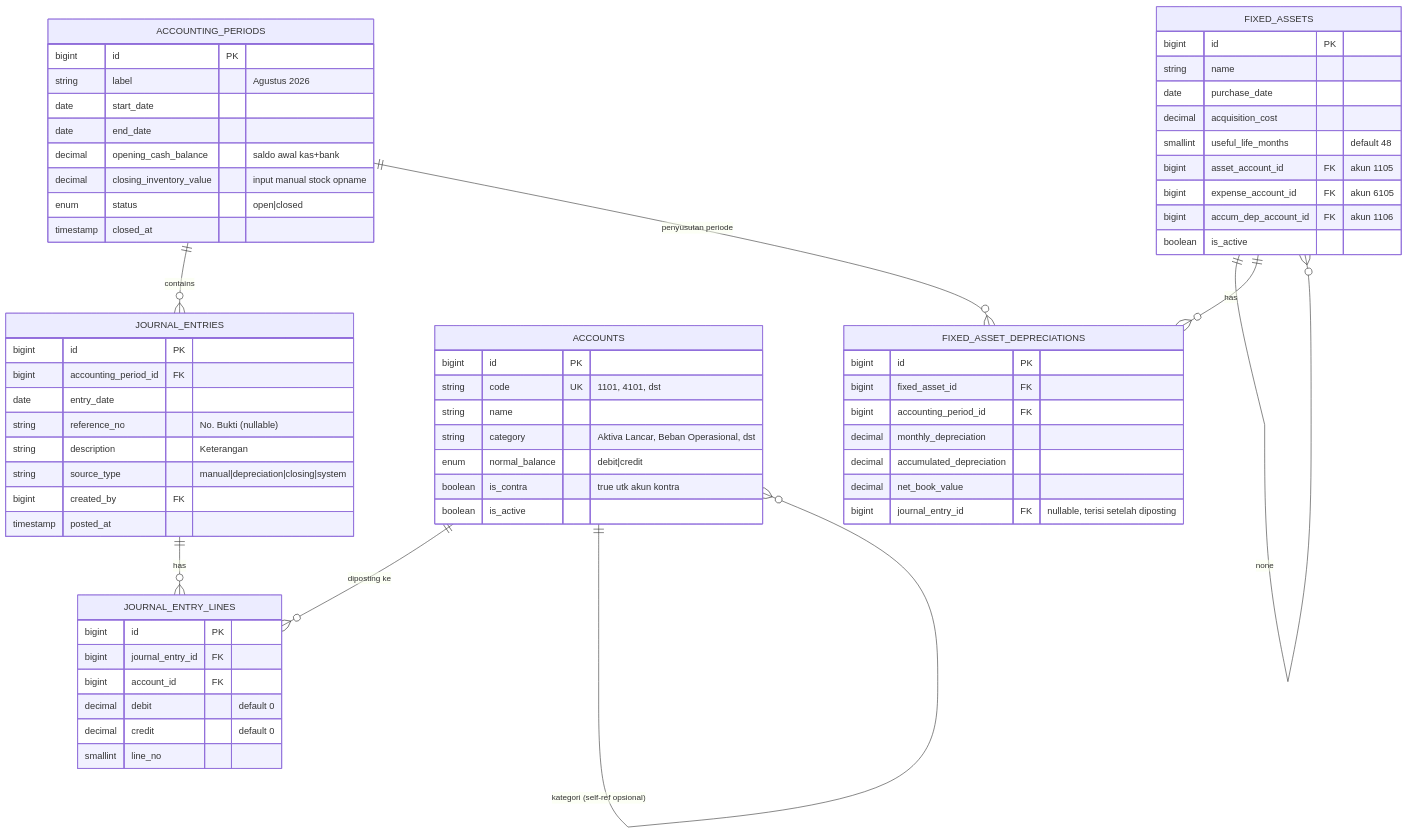
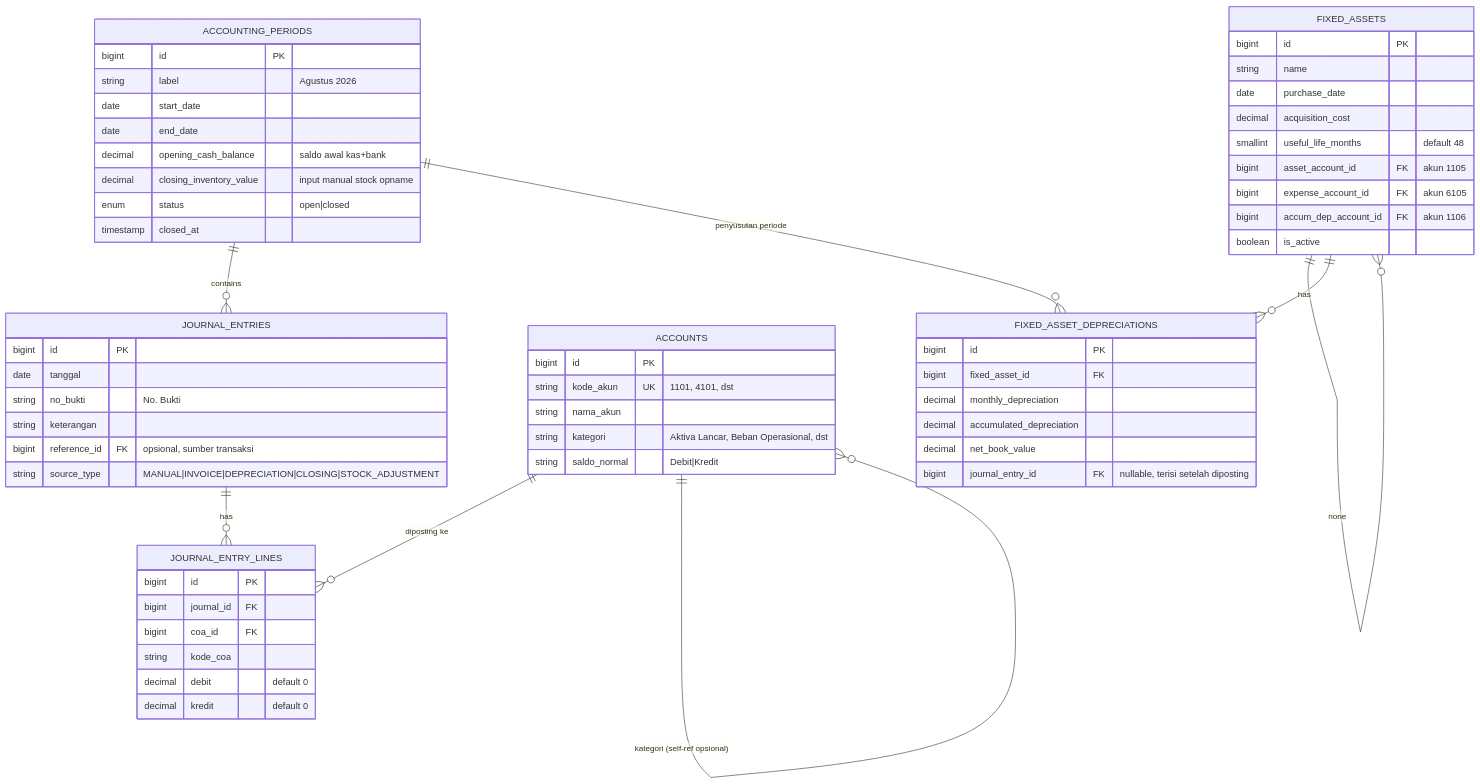
One commit to TriforionTech/bloomorist changed the second of 2 diagrams in docs-financial-report.md. Above: the diagram before and after it, drawn with Mermaid. The commit also changed other lines of this file, not shown here.

````diff
--- a/docs-financial-report.md
+++ b/docs-financial-report.md
@@ -43,73 +64,69 @@
 ```mermaid
 erDiagram
     ACCOUNTING_PERIODS ||--o{ JOURNAL_ENTRIES : contains
     ACCOUNTS ||--o{ JOURNAL_ENTRY_LINES : "diposting ke"
     JOURNAL_ENTRIES ||--o{ JOURNAL_ENTRY_LINES : has
     ACCOUNTS ||--o{ ACCOUNTS : "kategori (self-ref opsional)"
     FIXED_ASSETS ||--o{ FIXED_ASSETS : none
     ACCOUNTING_PERIODS ||--o{ FIXED_ASSET_DEPRECIATIONS : "penyusutan periode"
     FIXED_ASSETS ||--o{ FIXED_ASSET_DEPRECIATIONS : has
 
     ACCOUNTS {
         bigint id PK
-        string code UK "1101, 4101, dst"
-        string name
-        string category "Aktiva Lancar, Beban Operasional, dst"
-        enum normal_balance "debit|credit"
-        boolean is_contra "true utk akun kontra"
-        boolean is_active
+        string kode_akun UK "1101, 4101, dst"
+        string nama_akun
+        string kategori "Aktiva Lancar, Beban Operasional, dst"
+        string saldo_normal "Debit|Kredit"
     }
 
     ACCOUNTING_PERIODS {
         bigint id PK
         string label "Agustus 2026"
         date start_date
         date end_date
         decimal opening_cash_balance "saldo awal kas+bank"
         decimal closing_inventory_value "input manual stock opname"
         enum status "open|closed"
         timestamp closed_at
     }
 
     JOURNAL_ENTRIES {
         bigint id PK
-        bigint accounting_period_id FK
-        date entry_date
-        string reference_no "No. Bukti (nullable)"
-        string description "Keterangan"
-        string source_type "manual|depreciation|closing|system"
-        bigint created_by FK
-        timestamp posted_at
+        date tanggal
+        string no_bukti "No. Bukti"
+        string keterangan
+        bigint reference_id FK "opsional, sumber transaksi"
+        string source_type "MANUAL|INVOICE|DEPRECIATION|CLOSING|STOCK_ADJUSTMENT"
     }
 
     JOURNAL_ENTRY_LINES {
         bigint id PK
-        bigint journal_entry_id FK
-        bigint account_id FK
+        bigint journal_id FK
+        bigint coa_id FK
+        string kode_coa
         decimal debit "default 0"
-        decimal credit "default 0"
-        smallint line_no
+        decimal kredit "default 0"
     }
 
     FIXED_ASSETS {
         bigint id PK
         string name
         date purchase_date
         decimal acquisition_cost
         smallint useful_life_months "default 48"
         bigint asset_account_id FK "akun 1105"
         bigint expense_account_id FK "akun 6105"
         bigint accum_dep_account_id FK "akun 1106"
         boolean is_active
     }
 
     FIXED_ASSET_DEPRECIATIONS {
         bigint id PK
         bigint fixed_asset_id FK
-        bigint accounting_period_id FK
+
         decimal monthly_depreciation
         decimal accumulated_depreciation
         decimal net_book_value
         bigint journal_entry_id FK "nullable, terisi setelah diposting"
     }
 ```
````
